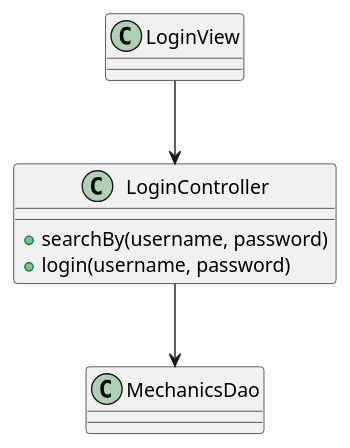
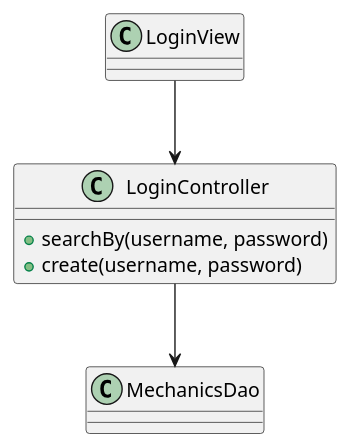
The diagram in documentation/2analysisview/classanalysis/puml/controllers/LoginController.puml (Ruskab/agrimManager), drawn with PlantUML before and after one commit. The commit also changed 20 other files, not shown here.

```diff
--- a/documentation/2analysisview/classanalysis/puml/controllers/LoginController.puml
+++ b/documentation/2analysisview/classanalysis/puml/controllers/LoginController.puml
@@ -1,9 +1,9 @@
 @startuml
 	class LoginController {
 	+searchBy(username, password)
-	+login(username, password)
+	+create(username, password)
 	}
 
 	LoginView --> LoginController
 	LoginController --> MechanicsDao
 @enduml
```
